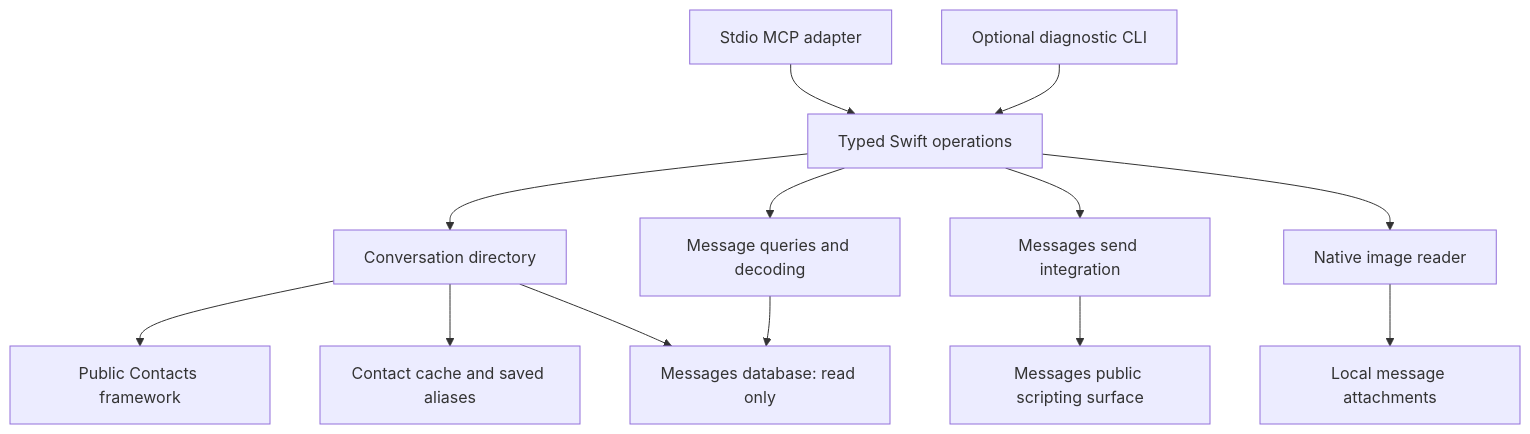
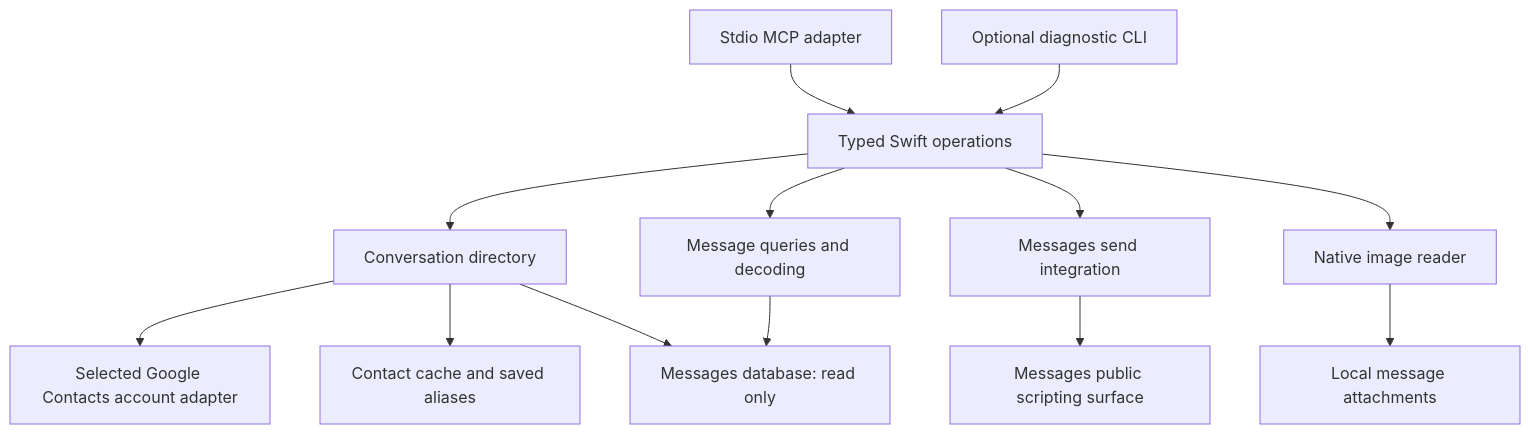
Before and after one commit to ericfeunekes/messages-swift: the diagram in docs/architecture.md, drawn with Mermaid. The commit also changed other lines of this file and 4 other files, not shown here.

Commit message:
Document Google Contacts as the contact authority

````diff
--- a/docs/architecture.md
+++ b/docs/architecture.md
@@ -7,15 +7,15 @@
 ```mermaid
 flowchart TD
     MCP[Stdio MCP adapter] --> Operations[Typed Swift operations]
     CLI[Optional diagnostic CLI] --> Operations
     Operations --> Directory[Conversation directory]
     Operations --> History[Message queries and decoding]
     Operations --> Send[Messages send integration]
     Operations --> Images[Native image reader]
-    Directory --> Contacts[Public Contacts framework]
+    Directory --> Contacts[Selected Google Contacts account adapter]
     Directory --> State[Contact cache and saved aliases]
     Directory --> DB[Messages database: read only]
     History --> DB
     Images --> Files[Local message attachments]
     Send --> Scripting[Messages public scripting surface]
 ```
````
